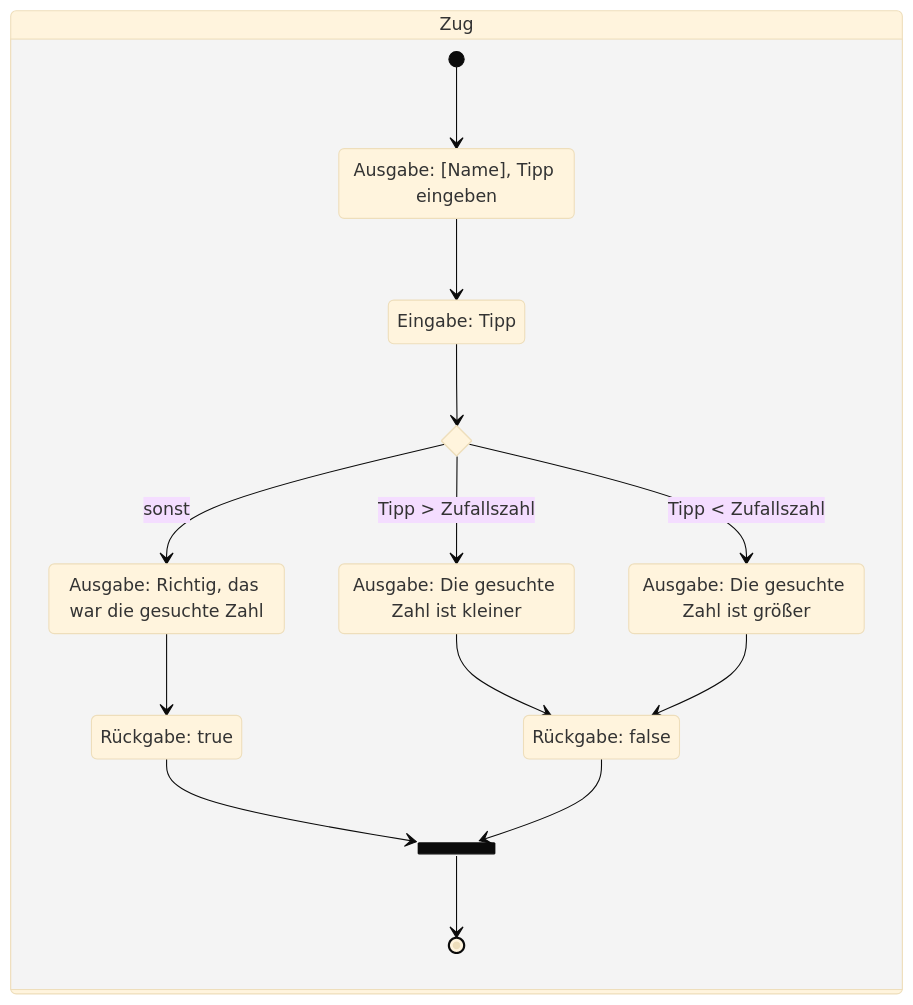
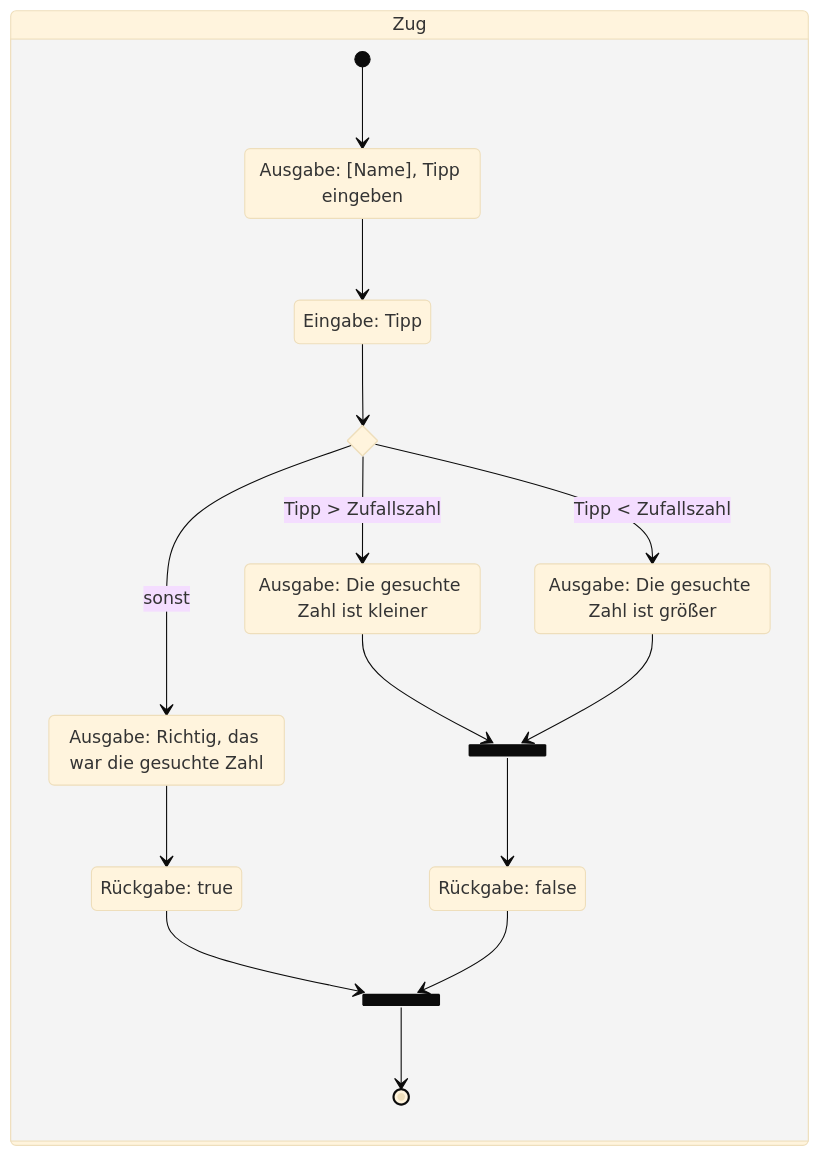
One commit to jappuccini/java-docs changed the fourth of 4 diagrams in docs/exercises/activity-diagrams/activity-diagrams01.mdx. Above: the diagram before and after it, drawn with Mermaid (base theme). The commit also changed 2 other files, not shown here.

````diff
--- a/docs/exercises/activity-diagrams/activity-diagrams01.mdx
+++ b/docs/exercises/activity-diagrams/activity-diagrams01.mdx
@@ -73,28 +73,30 @@
 ```mermaid
 stateDiagram-v2
     state "Ausgabe: [Name], Tipp eingeben" as state1
     state "Eingabe: Tipp" as state2
     state "Ausgabe: Richtig, das war die gesuchte Zahl" as state3
     state "Rückgabe: true" as state4
     state "Ausgabe: Die gesuchte Zahl ist kleiner" as state5
     state "Ausgabe: Die gesuchte Zahl ist größer" as state6
     state "Rückgabe: false" as state7
 
     state if1 <<choice>>
     state fork1 <<fork>>
+    state fork2 <<fork>>
 
     state "Zug" as move {
         [*] --> state1
         state1 --> state2
         state2 --> if1
         if1 --> state3: sonst
         if1 --> state5: Tipp > Zufallszahl
         if1 --> state6: Tipp < Zufallszahl
         state3 --> state4
-        state4 --> fork1
-        state5 --> state7
-        state6 --> state7
-        state7 --> fork1
-        fork1 --> [*]
+        state4 --> fork2
+        state5 --> fork1
+        state6 --> fork1
+        fork1 --> state7
+        state7 --> fork2
+        fork2 --> [*]
     }
 ```
````
